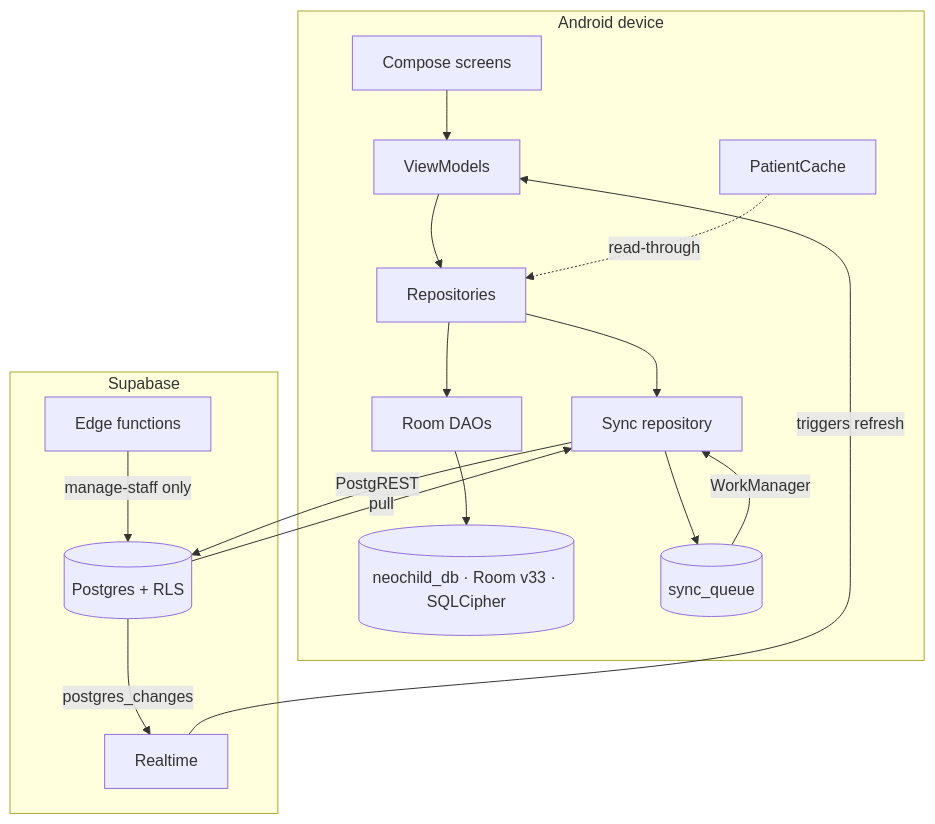
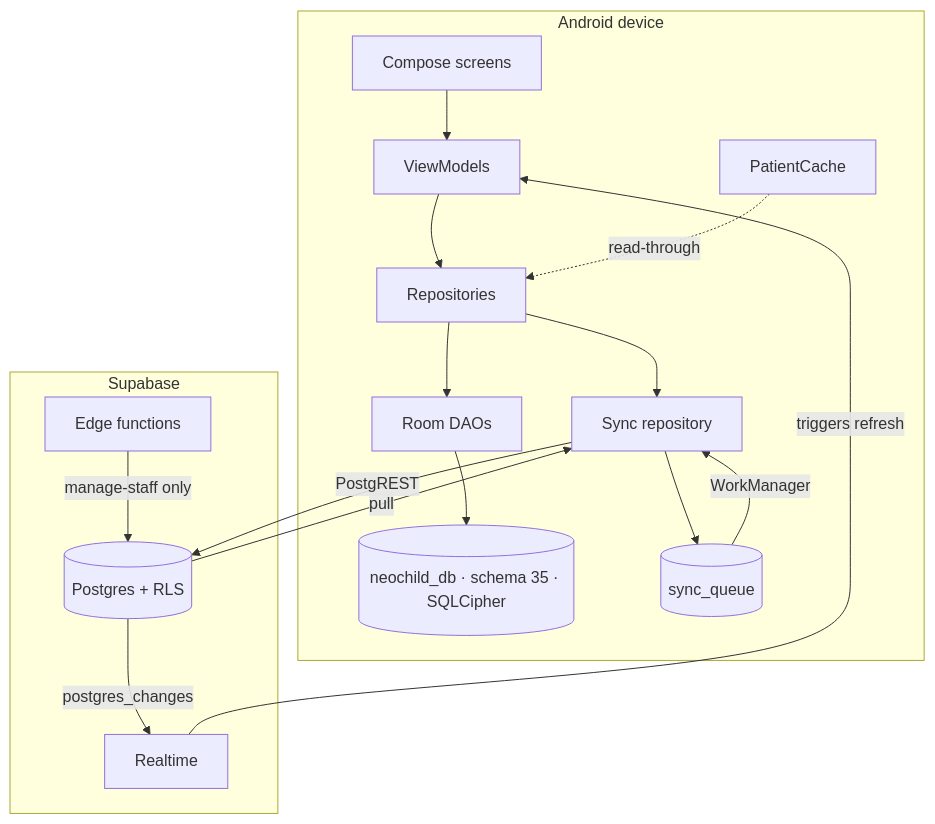
Before and after one commit to CyferBoy/Neo_Child_Clinic: the diagram in docs/Knowledge_Base/Home.md, drawn with Mermaid. The commit also changed other lines of this file and 302 other files, not shown here.

````diff
--- a/docs/Knowledge_Base/Home.md
+++ b/docs/Knowledge_Base/Home.md
@@ -85,25 +85,25 @@
 ```mermaid
 graph TB
     subgraph Device["Android device"]
         UI[Compose screens] --> VM[ViewModels]
         VM --> REPO[Repositories]
         REPO --> DAO[Room DAOs]
         REPO --> SYNC[Sync repository]
-        DAO --> DB[("neochild_db · Room v33 · SQLCipher")]
+        DAO --> DB[("neochild_db · schema 35 · SQLCipher")]
         SYNC --> Q[("sync_queue")]
         PC[PatientCache] -.read-through.-> REPO
     end
 
     subgraph Cloud["Supabase"]
         PG[("Postgres + RLS")]
         FN[Edge functions]
         RT[Realtime]
     end
 
     Q -->|WorkManager| SYNC
     SYNC -->|PostgREST| PG
     PG -->|pull| SYNC
     PG -->|postgres_changes| RT
     RT -->|triggers refresh| VM
     FN -->|manage-staff only| PG
 ```
````
